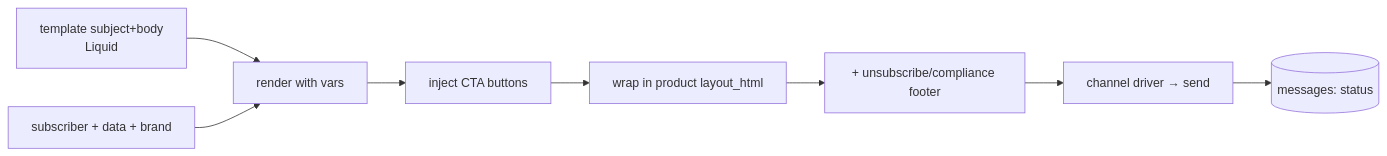
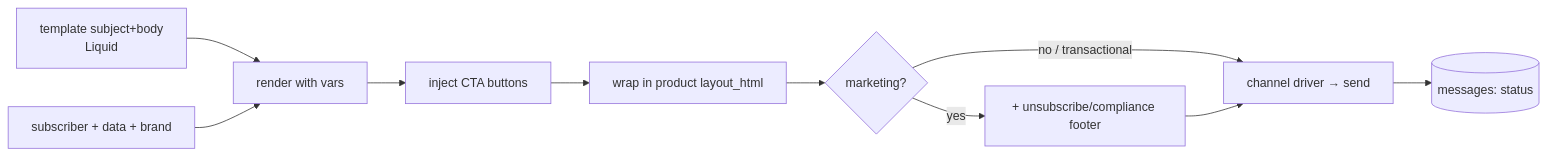
The diagram in docs/10-delivery-and-channels.md (salesduo-arnav/sd-mail-service), drawn with Mermaid before and after one commit. The commit also changed other lines of this file and 18 other files, not shown here.

````diff
--- a/docs/10-delivery-and-channels.md
+++ b/docs/10-delivery-and-channels.md
@@ -30,10 +44,12 @@
 ```mermaid
 flowchart LR
   T[template subject+body\nLiquid] --> R[render with vars]
   V[subscriber + data + brand] --> R
   R --> C[inject CTA buttons]
   C --> L[wrap in product layout_html]
-  L --> F[+ unsubscribe/compliance footer]
-  F --> D[channel driver → send]
+  L --> G{marketing?}
+  G -->|yes| F[+ unsubscribe/compliance footer]
+  G -->|no / transactional| D[channel driver → send]
+  F --> D
   D --> M[(messages: status)]
 ```
````
